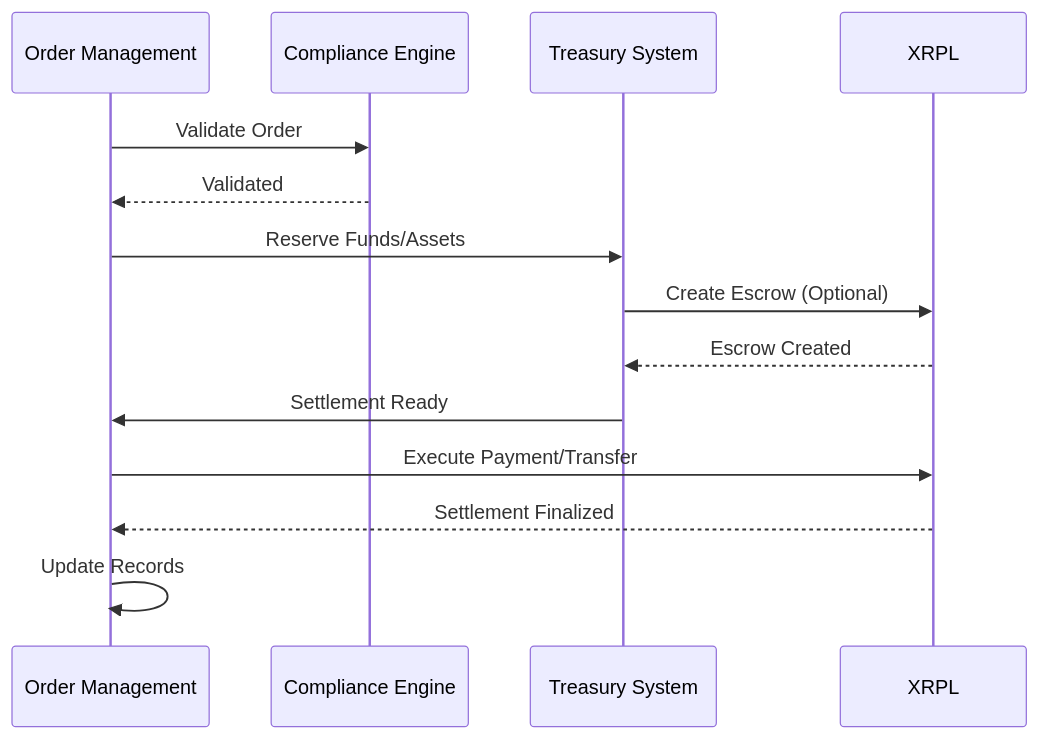
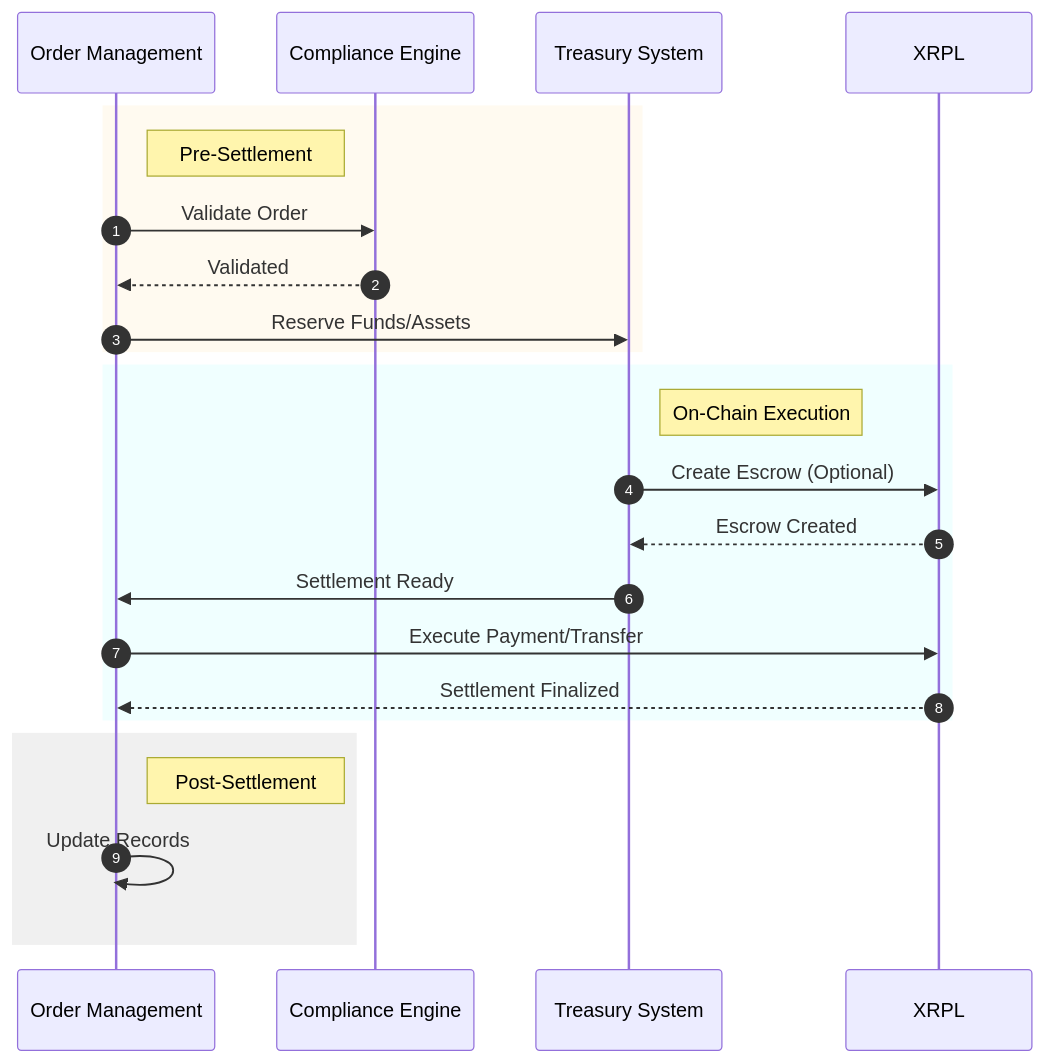
Before and after one commit to MrDecryptDecipher/xrpl-institutional-fund-management: diagram 12 of 17 in README.md, drawn with Mermaid. The commit also changed other lines of this file, not shown here.

Commit message:
docs: enhance mermaid diagrams with color and detail

````diff
--- a/README.md
+++ b/README.md
@@ -340,17 +487,29 @@
 ```mermaid
 sequenceDiagram
+    autonumber
     participant Order as Order Management
     participant Compliance as Compliance Engine
     participant Treasury as Treasury System
     participant Ledger as XRPL
 
+    rect rgb(255, 250, 240)
+    Note right of Order: Pre-Settlement
     Order->>Compliance: Validate Order
     Compliance-->>Order: Validated
     Order->>Treasury: Reserve Funds/Assets
+    end
+
+    rect rgb(240, 255, 255)
+    Note right of Treasury: On-Chain Execution
     Treasury->>Ledger: Create Escrow (Optional)
     Ledger-->>Treasury: Escrow Created
     Treasury->>Order: Settlement Ready
     Order->>Ledger: Execute Payment/Transfer
     Ledger-->>Order: Settlement Finalized
+    end
+
+    rect rgb(240, 240, 240)
+    Note right of Order: Post-Settlement
     Order->>Order: Update Records
+    end
 ```
````
